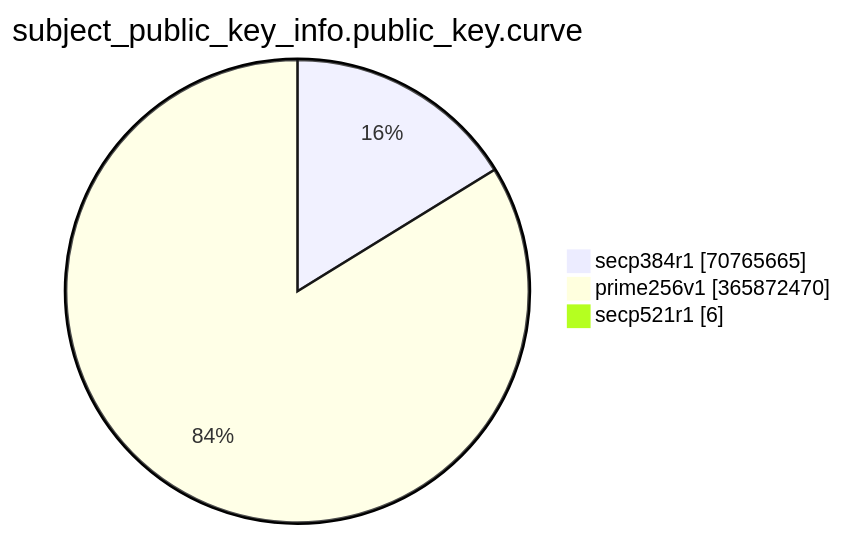
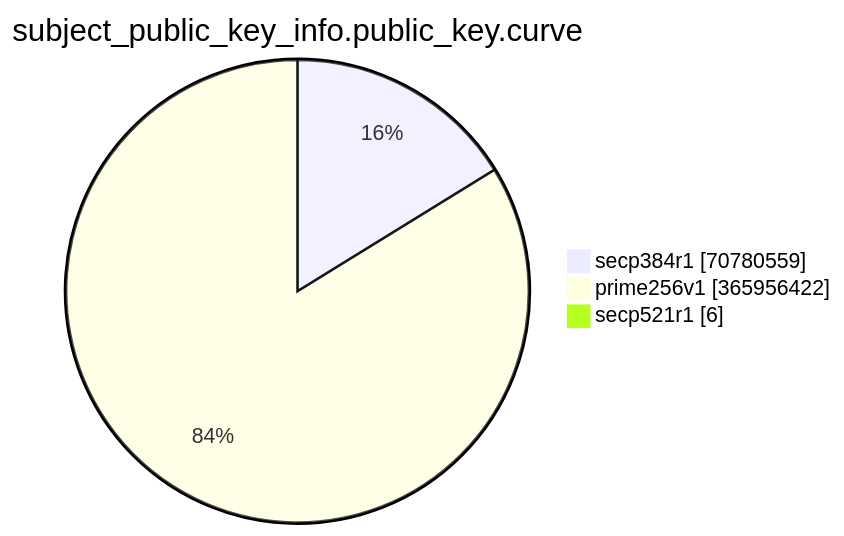
One commit to christiankrug/ctmonitor_visualization changed the eighth of 15 diagrams in TOTAL/README.md. Above: the diagram before and after it, drawn with Mermaid. The commit also changed other lines of this file, not shown here.

````diff
--- a/TOTAL/README.md
+++ b/TOTAL/README.md
@@ -3092,7 +3092,7 @@
 ```mermaid
 pie showData
 title subject_public_key_info.public_key.curve
-"secp384r1" :70765665
-"prime256v1" :365872470
+"secp384r1" :70780559
+"prime256v1" :365956422
 "secp521r1" :6
 ```
````
